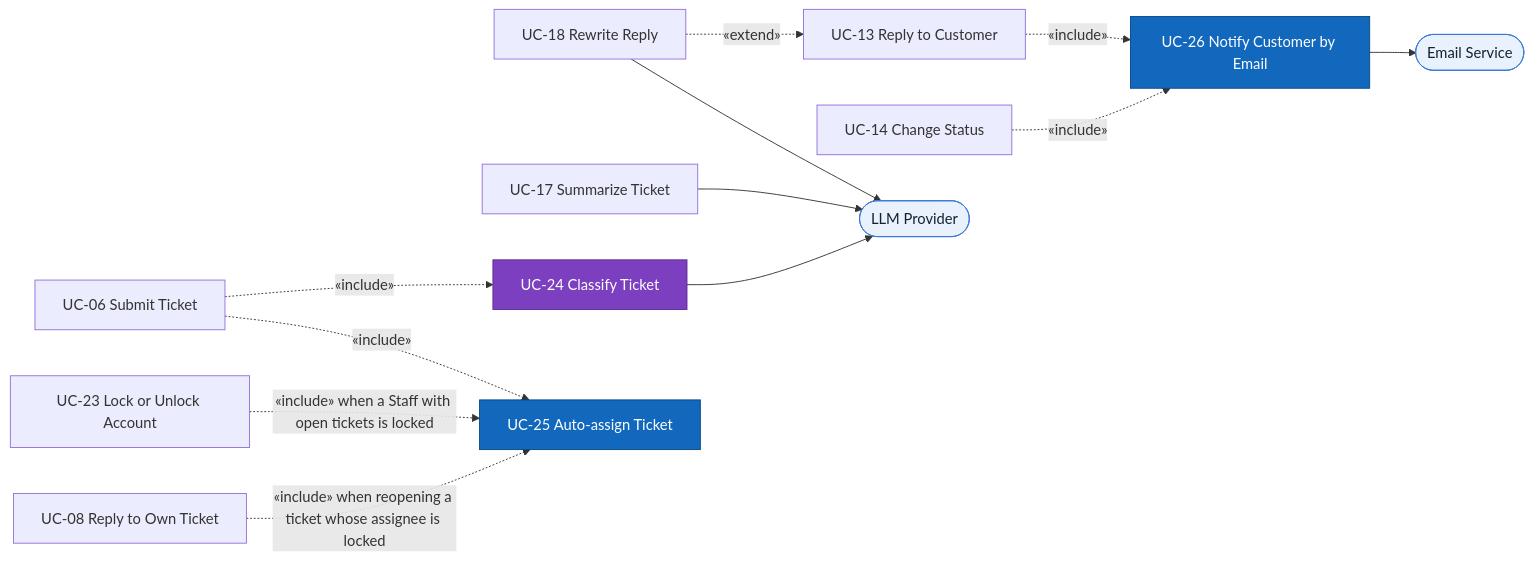
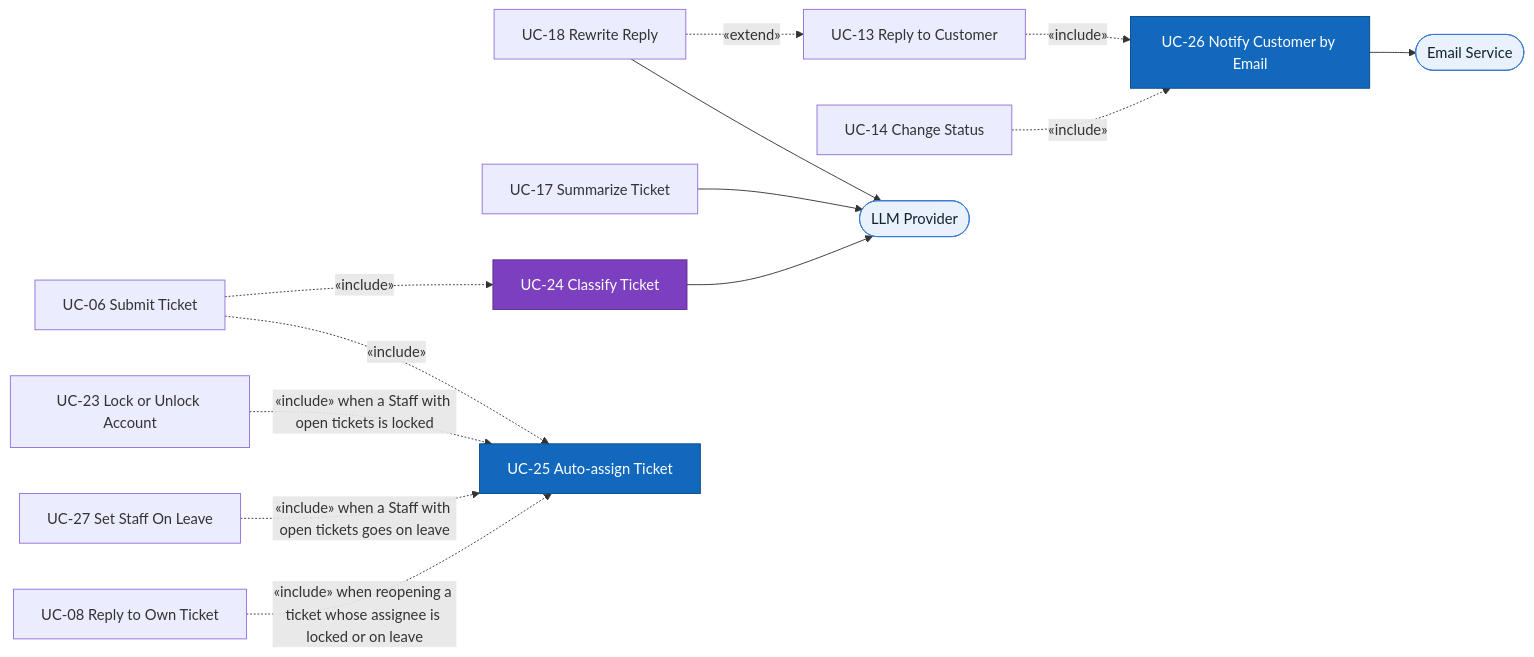
Before and after one commit to minhtuann1102/HelpdeskAI: the second of 2 diagrams in docs/02-usecases-userstories/01-use-cases.md, drawn with Mermaid. The commit also changed other lines of this file and 26 other files, not shown here.

First line of the commit message:
docs: add Staff on leave set by the Administrator (D-20, US-36)

````diff
--- a/docs/02-usecases-userstories/01-use-cases.md
+++ b/docs/02-usecases-userstories/01-use-cases.md
@@ -129,32 +131,34 @@
 ```mermaid
 flowchart LR
     submit["UC-06 Submit Ticket"]
     reply["UC-08 Reply to Own Ticket"]
     lock["UC-23 Lock or Unlock Account"]
+    leave["UC-27 Set Staff On Leave"]
     rewrite["UC-18 Rewrite Reply"]
     staffReply["UC-13 Reply to Customer"]
     changeStatus["UC-14 Change Status"]
     summarize["UC-17 Summarize Ticket"]
     classify["UC-24 Classify Ticket"]:::ai
     assign["UC-25 Auto-assign Ticket"]:::shared
     notify["UC-26 Notify Customer by Email"]:::shared
     llm(["LLM Provider"]):::external
     email(["Email Service"]):::external
 
     submit -.->|"«include»"| classify
     submit -.->|"«include»"| assign
     lock -.->|"«include» when a Staff with open tickets is locked"| assign
-    reply -.->|"«include» when reopening a ticket whose assignee is locked"| assign
+    leave -.->|"«include» when a Staff with open tickets goes on leave"| assign
+    reply -.->|"«include» when reopening a ticket whose assignee is locked or on leave"| assign
     rewrite -.->|"«extend»"| staffReply
     staffReply -.->|"«include»"| notify
     changeStatus -.->|"«include»"| notify
 
     classify --> llm
     summarize --> llm
     rewrite --> llm
     notify --> email
 
     classDef shared fill:#1168bd,color:#fff,stroke:#0b4884
     classDef ai fill:#7b3fbf,color:#fff,stroke:#5a2d8c
     classDef external fill:#e8f1fc,color:#123,stroke:#3a7bd5
 ```
````
